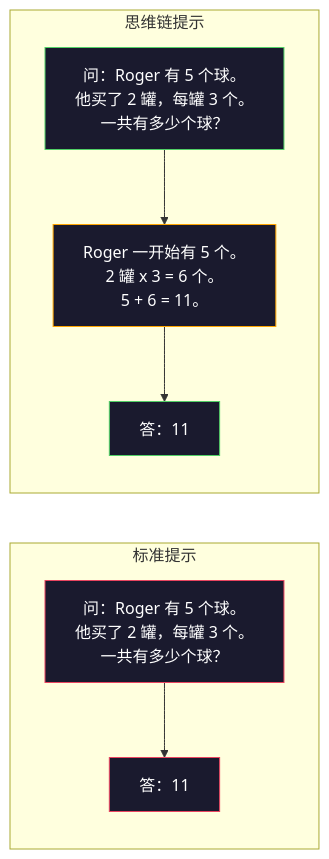
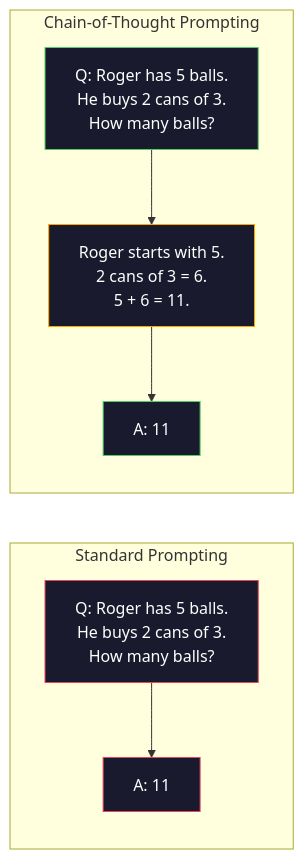
Before and after one commit to xiaojiaenen/ai-engineering-from-scratch-zh: the second of 6 diagrams in i18n/zh/phases/11-llm-engineering/02-few-shot-cot/docs/zh.md, drawn with Mermaid. The commit also changed other lines of this file and 17 other files, not shown here.

````diff
--- a/i18n/zh/phases/11-llm-engineering/02-few-shot-cot/docs/zh.md
+++ b/i18n/zh/phases/11-llm-engineering/02-few-shot-cot/docs/zh.md
@@ -69,16 +69,16 @@
 ```mermaid
 graph LR
-    subgraph Standard["标准提示"]
-        Q1["问：Roger 有 5 个球。\n他买了 2 罐，每罐 3 个。\n一共有多少个球？"] --> A1["答：11"]
+    subgraph Standard["Standard Prompting"]
+        Q1["Q: Roger has 5 balls.\nHe buys 2 cans of 3.\nHow many balls?"] --> A1["A: 11"]
     end
 
-    subgraph CoT["思维链提示"]
-        Q2["问：Roger 有 5 个球。\n他买了 2 罐，每罐 3 个。\n一共有多少个球？"] --> R2["Roger 一开始有 5 个。\n2 罐 x 3 = 6 个。\n5 + 6 = 11。"] --> A2["答：11"]
+    subgraph CoT["Chain-of-Thought Prompting"]
+        Q2["Q: Roger has 5 balls.\nHe buys 2 cans of 3.\nHow many balls?"] --> R2["Roger starts with 5.\n2 cans of 3 = 6.\n5 + 6 = 11."] --> A2["A: 11"]
     end
 
     style Q1 fill:#1a1a2e,stroke:#e94560,color:#fff
     style A1 fill:#1a1a2e,stroke:#e94560,color:#fff
     style Q2 fill:#1a1a2e,stroke:#51cf66,color:#fff
     style R2 fill:#1a1a2e,stroke:#ffa500,color:#fff
     style A2 fill:#1a1a2e,stroke:#51cf66,color:#fff
 ```
````
